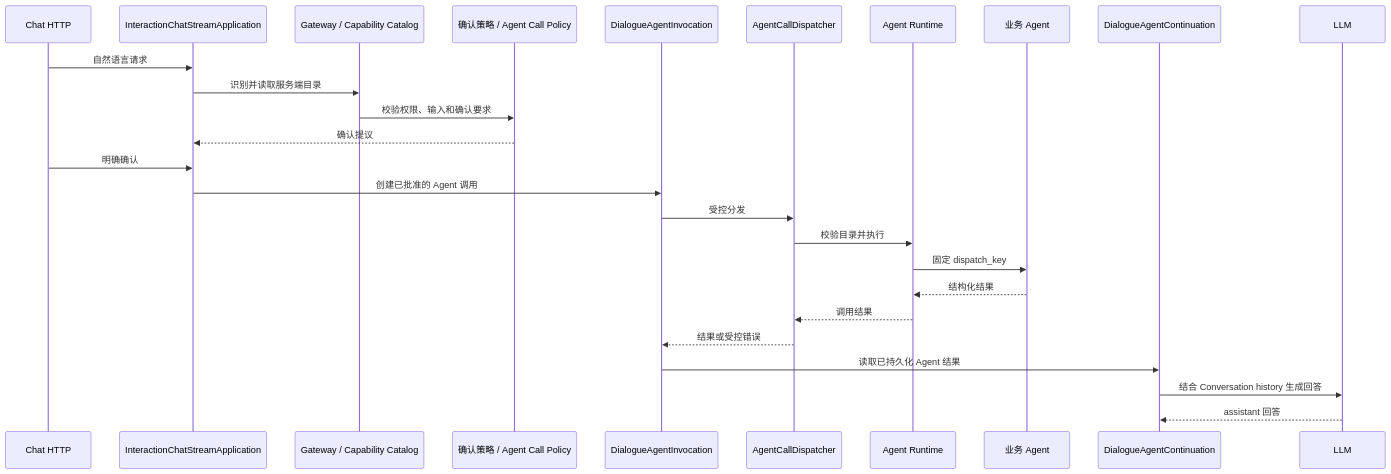
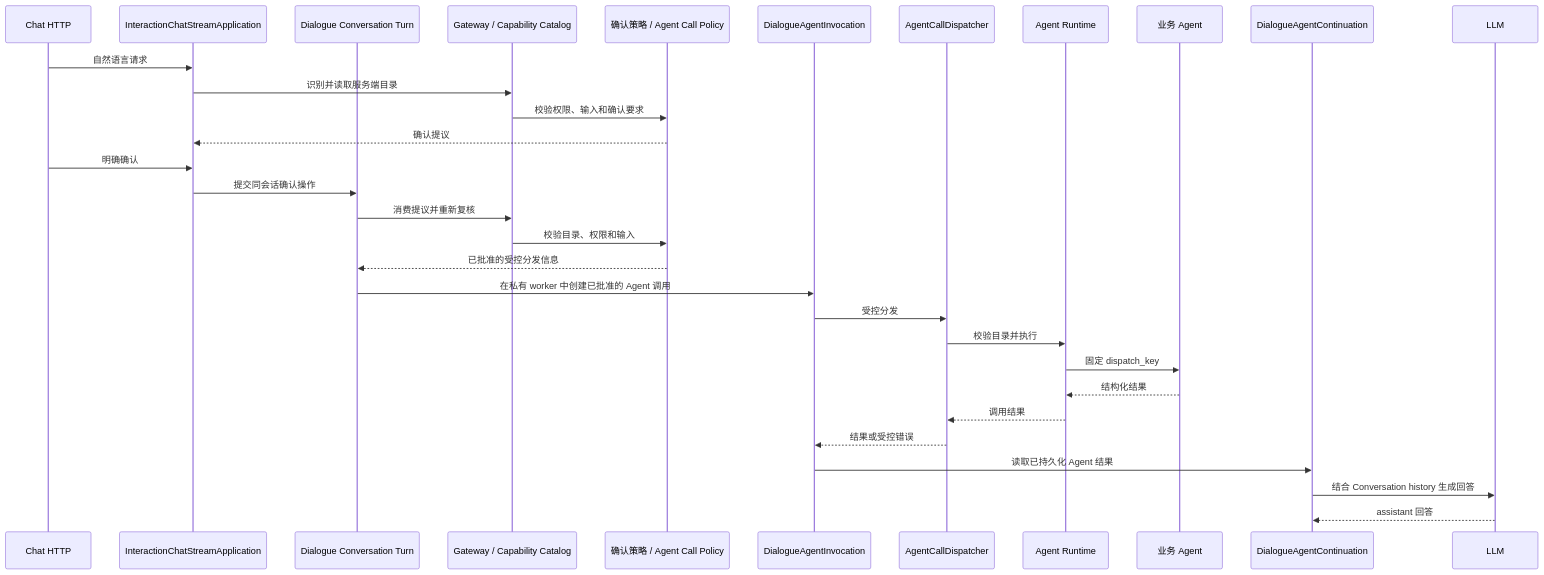
The fourth of 4 diagrams in ARCHITECTURE.md (Hr222/go-agent-system), drawn with Mermaid before and after one commit. The commit also changed other lines of this file and 18 other files, not shown here.

````diff
--- a/ARCHITECTURE.md
+++ b/ARCHITECTURE.md
@@ -245,29 +250,34 @@
 ```mermaid
 sequenceDiagram
     participant Client as Chat HTTP
     participant Chat as InteractionChatStreamApplication
+    participant Turn as Dialogue Conversation Turn
     participant Gateway as Gateway / Capability Catalog
     participant Policy as 确认策略 / Agent Call Policy
     participant Invoke as DialogueAgentInvocation
     participant Dispatch as AgentCallDispatcher
     participant Runtime as Agent Runtime
     participant Agent as 业务 Agent
     participant Continue as DialogueAgentContinuation
     participant LLM as LLM
 
     Client->>Chat: 自然语言请求
     Chat->>Gateway: 识别并读取服务端目录
     Gateway->>Policy: 校验权限、输入和确认要求
     Policy-->>Chat: 确认提议
     Client->>Chat: 明确确认
-    Chat->>Invoke: 创建已批准的 Agent 调用
+    Chat->>Turn: 提交同会话确认操作
+    Turn->>Gateway: 消费提议并重新复核
+    Gateway->>Policy: 校验目录、权限和输入
+    Policy-->>Turn: 已批准的受控分发信息
+    Turn->>Invoke: 在私有 worker 中创建已批准的 Agent 调用
     Invoke->>Dispatch: 受控分发
     Dispatch->>Runtime: 校验目录并执行
     Runtime->>Agent: 固定 dispatch_key
     Agent-->>Runtime: 结构化结果
     Runtime-->>Dispatch: 调用结果
     Dispatch-->>Invoke: 结果或受控错误
     Invoke->>Continue: 读取已持久化 Agent 结果
     Continue->>LLM: 结合 Conversation history 生成回答
     LLM-->>Continue: assistant 回答
 ```
````
